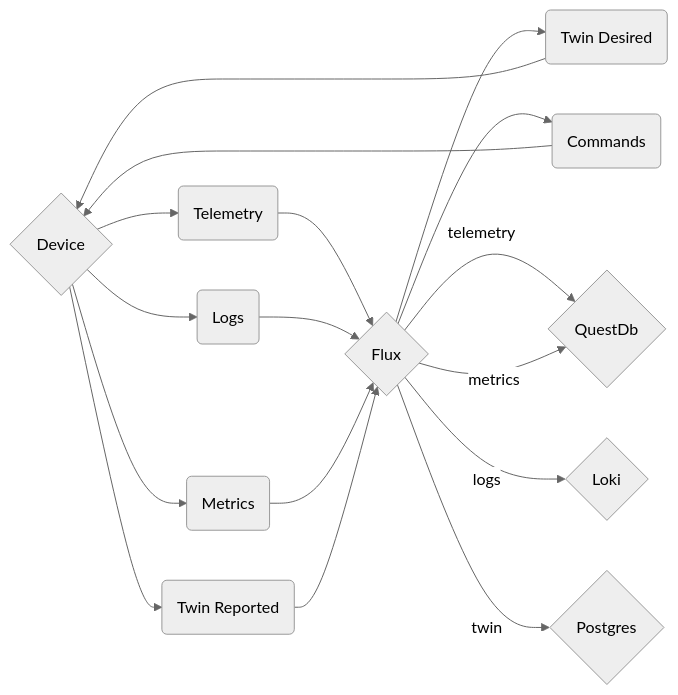
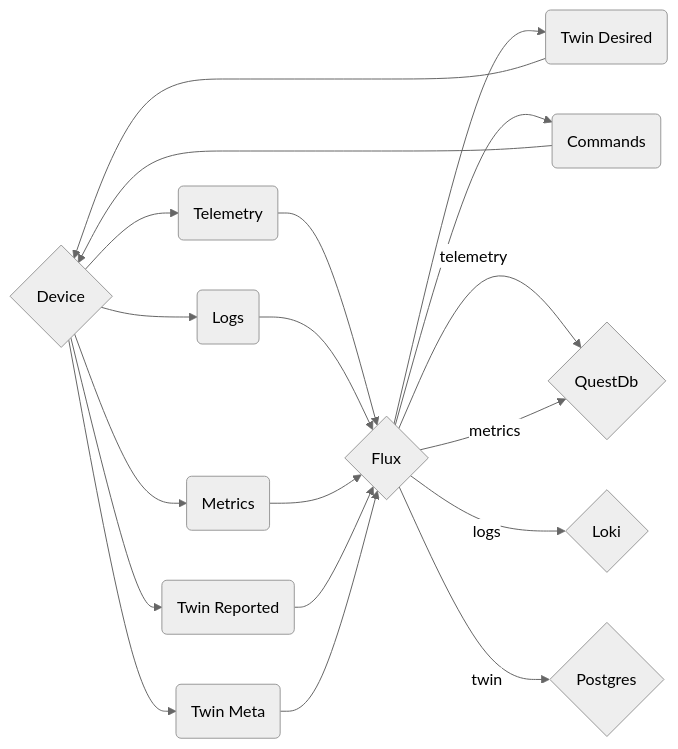
One commit to MaxThom/mir-rs changed the diagram in docs/ADR-09_routing_twin.md. Above: the diagram before and after it, drawn with Mermaid (neutral theme). The commit also changed 13 other files, not shown here.

Commit message:
added architecture diagram

````diff
--- a/docs/ADR-09_routing_twin.md
+++ b/docs/ADR-09_routing_twin.md
@@ -62,19 +62,21 @@
 ```mermaid
 graph LR;
     D{Device}-->T(Telemetry)
     T-->F{Flux}
     D{Device}-->L(Logs)
     L-->F{Flux}
     D{Device}-->M(Metrics)
     M-->F{Flux}
     D{Device}-->TR(Twin Reported)
     TR-->F{Flux}
+    D{Device}-->TM(Twin Meta)
+    TM-->F{Flux}
     F-->TD(Twin Desired)
     TD-->D{Device}
     F-->C(Commands)
     C-->D{Device}
     F-->|telemetry|QB{QuestDb}
     F-->|metrics|QB{QuestDb}
     F-->|logs|LK{Loki}
     F-->|twin|PG{Postgres}
 ```
````
